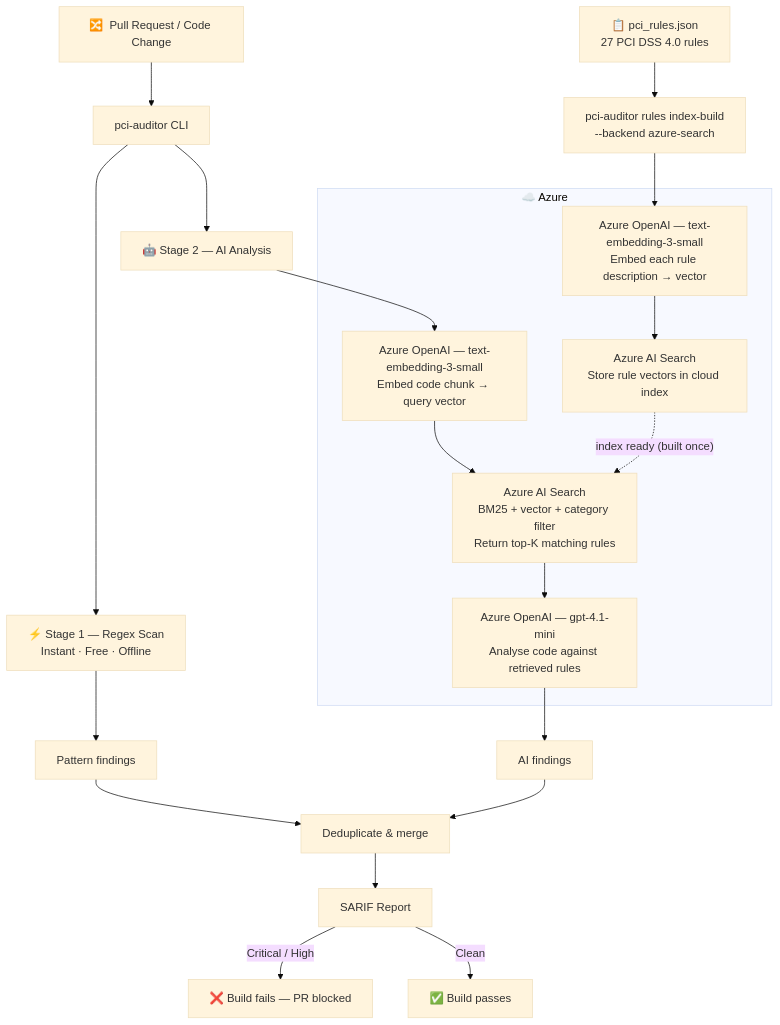
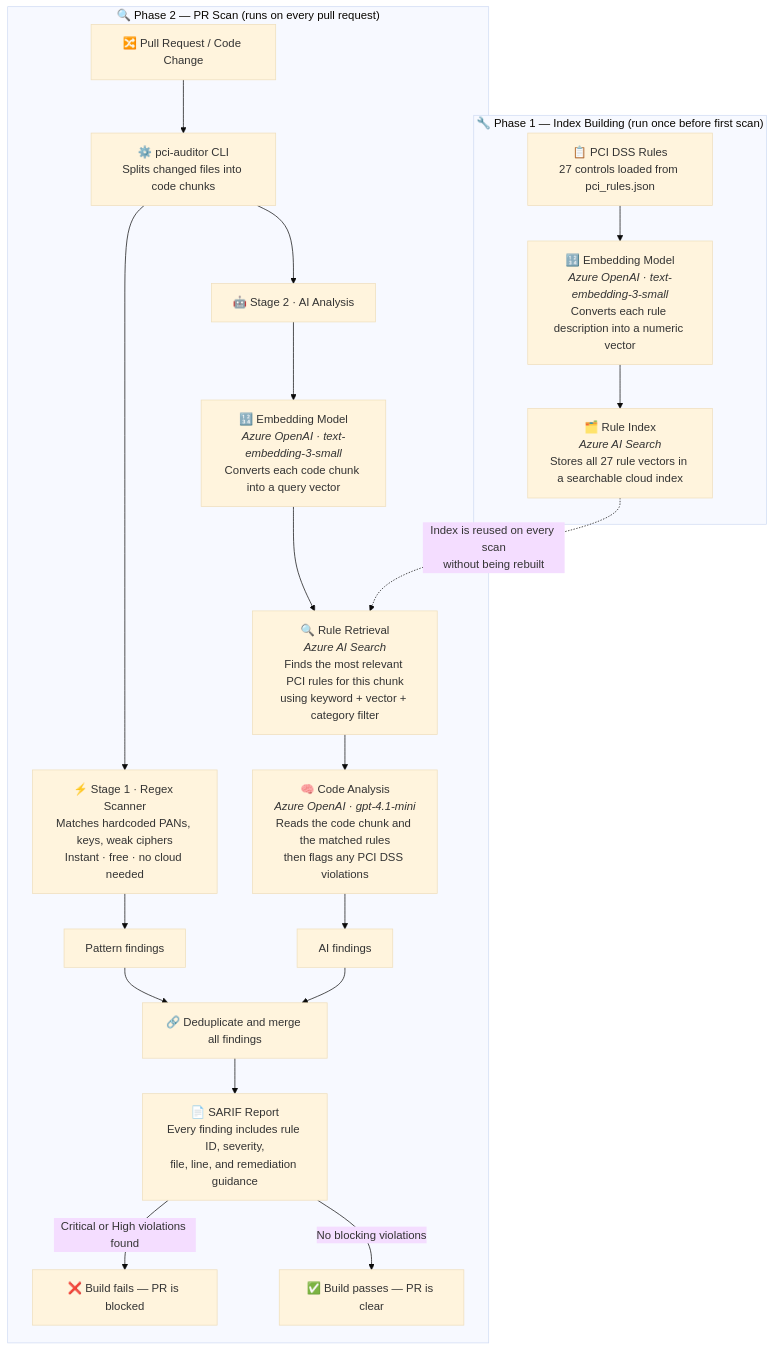
The diagram in README.md (nilavanrajamani/pci-auditor), drawn with Mermaid (base theme) before and after one commit.

Commit message:
docs: redesign Mermaid flow chart with two clear phases and descriptive node text

````diff
--- a/README.md
+++ b/README.md
@@ -61,40 +61,44 @@
 ```mermaid
 flowchart TD
-    %% ── One-time setup ──────────────────────────────────────────────
-    RULES["📋 pci_rules.json<br/>27 PCI DSS 4.0 rules"]
-    IDXCMD["pci-auditor rules index-build<br/>--backend azure-search"]
-    RULES --> IDXCMD
-
-    subgraph AZURE ["☁️  Azure"]
-        IDXEMBED["Azure OpenAI — text-embedding-3-small<br/>Embed each rule description → vector"]
-        IDXSTORE["Azure AI Search<br/>Store rule vectors in cloud index"]
-        IDXEMBED --> IDXSTORE
-
-        SCANEMBED["Azure OpenAI — text-embedding-3-small<br/>Embed code chunk → query vector"]
-        SEARCHQ["Azure AI Search<br/>BM25 + vector + category filter<br/>Return top-K matching rules"]
-        GPT["Azure OpenAI — gpt-4.1-mini<br/>Analyse code against retrieved rules"]
-        SCANEMBED --> SEARCHQ --> GPT
+    subgraph SETUP ["🔧  Phase 1 — Index Building   (run once before first scan)"]
+        RULES["📋 PCI DSS Rules<br/>27 controls loaded from pci_rules.json"]
+        EMBD1["🔢 Embedding Model<br/><i>Azure OpenAI · text-embedding-3-small</i><br/>Converts each rule description into a numeric vector"]
+        INDEX["🗂️ Rule Index<br/><i>Azure AI Search</i><br/>Stores all 27 rule vectors in a searchable cloud index"]
+        RULES --> EMBD1 --> INDEX
     end
 
-    IDXCMD --> IDXEMBED
-    IDXSTORE -. "index ready (built once)" .-> SEARCHQ
+    subgraph SCAN ["🔍  Phase 2 — PR Scan   (runs on every pull request)"]
+        PR["🔀 Pull Request / Code Change"]
+        CLI["⚙️ pci-auditor CLI<br/>Splits changed files into code chunks"]
+        PR --> CLI
 
-    %% ── Scan flow ───────────────────────────────────────────────────
-    PR["🔀  Pull Request / Code Change"]
-    CLI["pci-auditor CLI"]
-    PR --> CLI
+        REGEX["⚡ Stage 1 · Regex Scanner<br/>Matches hardcoded PANs, keys, weak ciphers<br/>Instant · free · no cloud needed"]
+        AISTAGE["🤖 Stage 2 · AI Analysis"]
+        CLI --> REGEX
+        CLI --> AISTAGE
 
-    CLI --> REGEX["⚡ Stage 1 — Regex Scan<br/>Instant · Free · Offline"]
-    CLI --> AI["🤖 Stage 2 — AI Analysis"]
+        EMBD2["🔢 Embedding Model<br/><i>Azure OpenAI · text-embedding-3-small</i><br/>Converts each code chunk into a query vector"]
+        SEARCHQ["🔍 Rule Retrieval<br/><i>Azure AI Search</i><br/>Finds the most relevant PCI rules for this chunk<br/>using keyword + vector + category filter"]
+        GPT["🧠 Code Analysis<br/><i>Azure OpenAI · gpt-4.1-mini</i><br/>Reads the code chunk and the matched rules<br/>then flags any PCI DSS violations"]
+        AISTAGE --> EMBD2 --> SEARCHQ --> GPT
 
-    REGEX --> PF["Pattern findings"]
-    AI --> SCANEMBED
-    GPT --> AF["AI findings"]
+        PF["Pattern findings"]
+        AF["AI findings"]
+        REGEX --> PF
+        GPT --> AF
 
-    PF --> MERGE["Deduplicate & merge"]
-    AF --> MERGE
+        MERGE["🔗 Deduplicate and merge all findings"]
+        PF --> MERGE
+        AF --> MERGE
 
-    MERGE --> SARIF["SARIF Report"]
-    SARIF -->|"Critical / High"| FAIL["❌  Build fails — PR blocked"]
-    SARIF -->|"Clean"| PASS["✅  Build passes"]
+        SARIF["📄 SARIF Report<br/>Every finding includes rule ID, severity,<br/>file, line, and remediation guidance"]
+        MERGE --> SARIF
+
+        FAIL["❌ Build fails — PR is blocked"]
+        PASS["✅ Build passes — PR is clear"]
+        SARIF -->|"Critical or High violations found"| FAIL
+        SARIF -->|"No blocking violations"| PASS
+    end
+
+    INDEX -. "Index is reused on every scan<br/>without being rebuilt" .-> SEARCHQ
 ```
````
